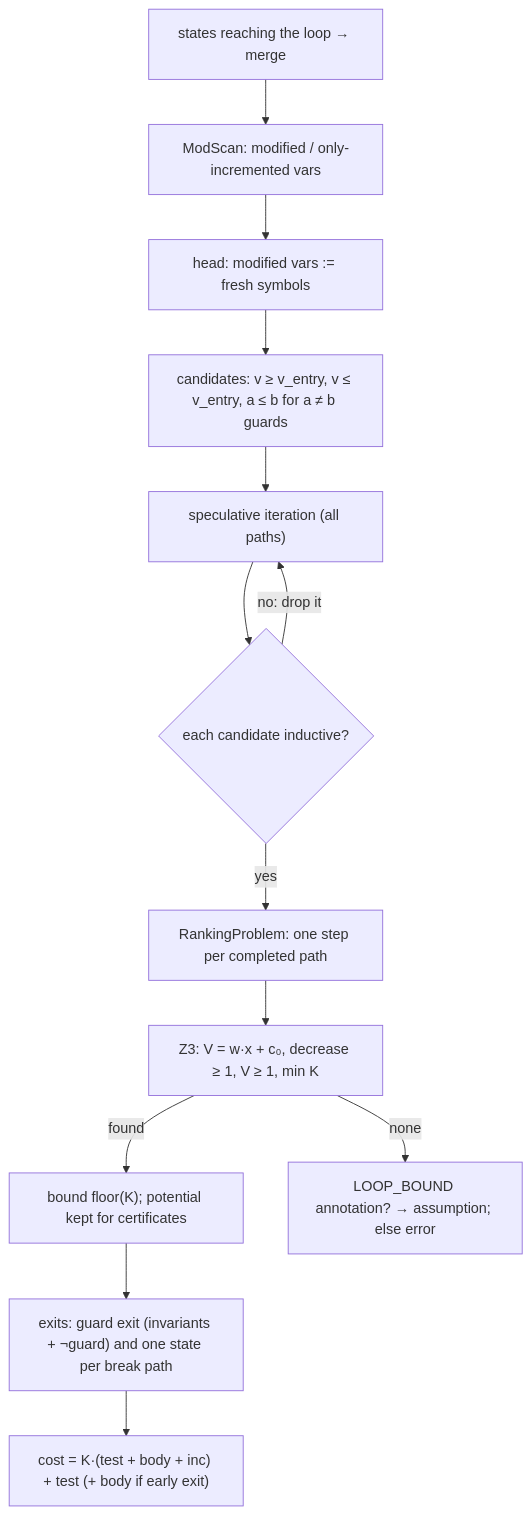
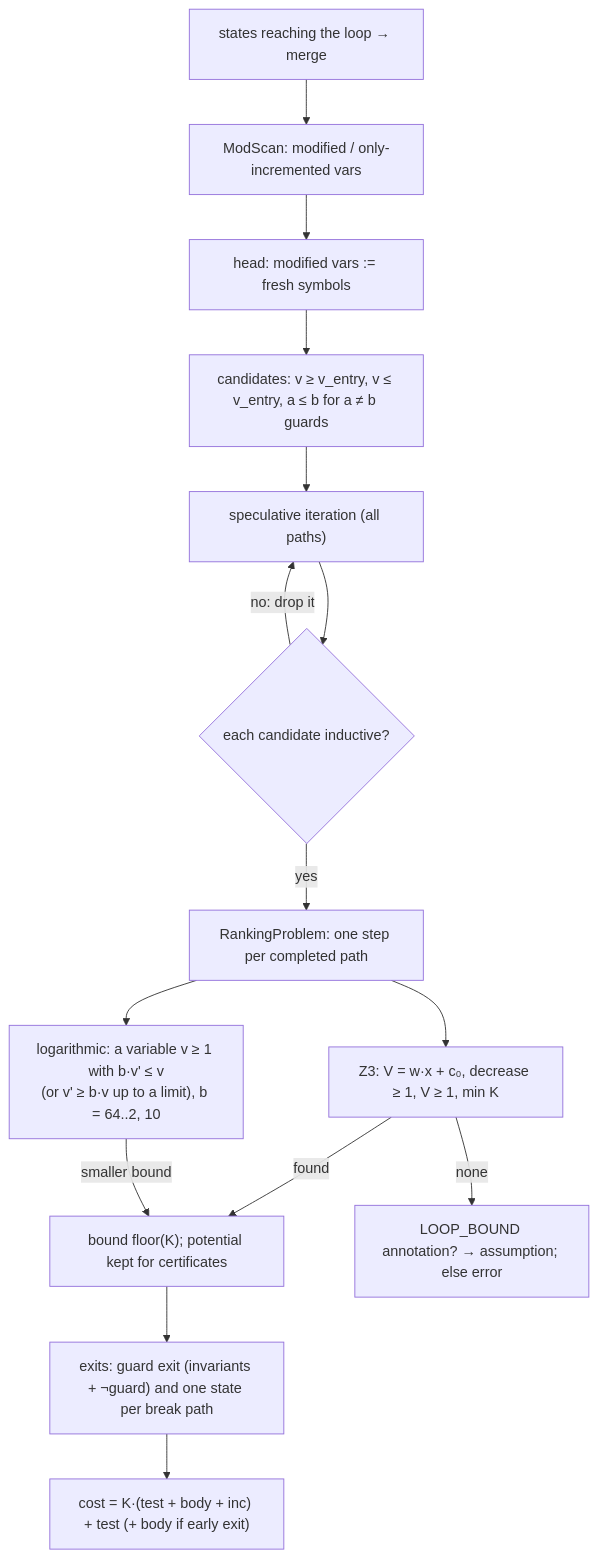
Before and after one commit to ldallolio/crosscheck: the fourth of 7 diagrams in docs/guide/04-plugin.md, drawn with Mermaid. The commit also changed other lines of this file and 31 other files, not shown here.

````diff
--- a/docs/guide/04-plugin.md
+++ b/docs/guide/04-plugin.md
@@ -109,15 +109,17 @@
 ```mermaid
 flowchart TD
   A["states reaching the loop → merge"] --> B["ModScan: modified / only-incremented vars"]
   B --> C["head: modified vars := fresh symbols"]
   C --> D["candidates: v ≥ v_entry, v ≤ v_entry, a ≤ b for a ≠ b guards"]
   D --> E["speculative iteration (all paths)"]
   E --> F{"each candidate inductive?"}
   F -- "no: drop it" --> E
   F -- yes --> G["RankingProblem: one step per completed path"]
   G --> H["Z3: V = w·x + c₀, decrease ≥ 1, V ≥ 1, min K"]
+  G --> LG["logarithmic: a variable v ≥ 1 with b·v' ≤ v<br/>(or v' ≥ b·v up to a limit), b = 64..2, 10"]
   H -- found --> I["bound floor(K); potential kept for certificates"]
+  LG -- "smaller bound" --> I
   H -- none --> J["LOOP_BOUND annotation? → assumption; else error"]
   I --> K["exits: guard exit (invariants + ¬guard) and one state per break path"]
   K --> L["cost = K·(test + body + inc) + test (+ body if early exit)"]
 ```
````
